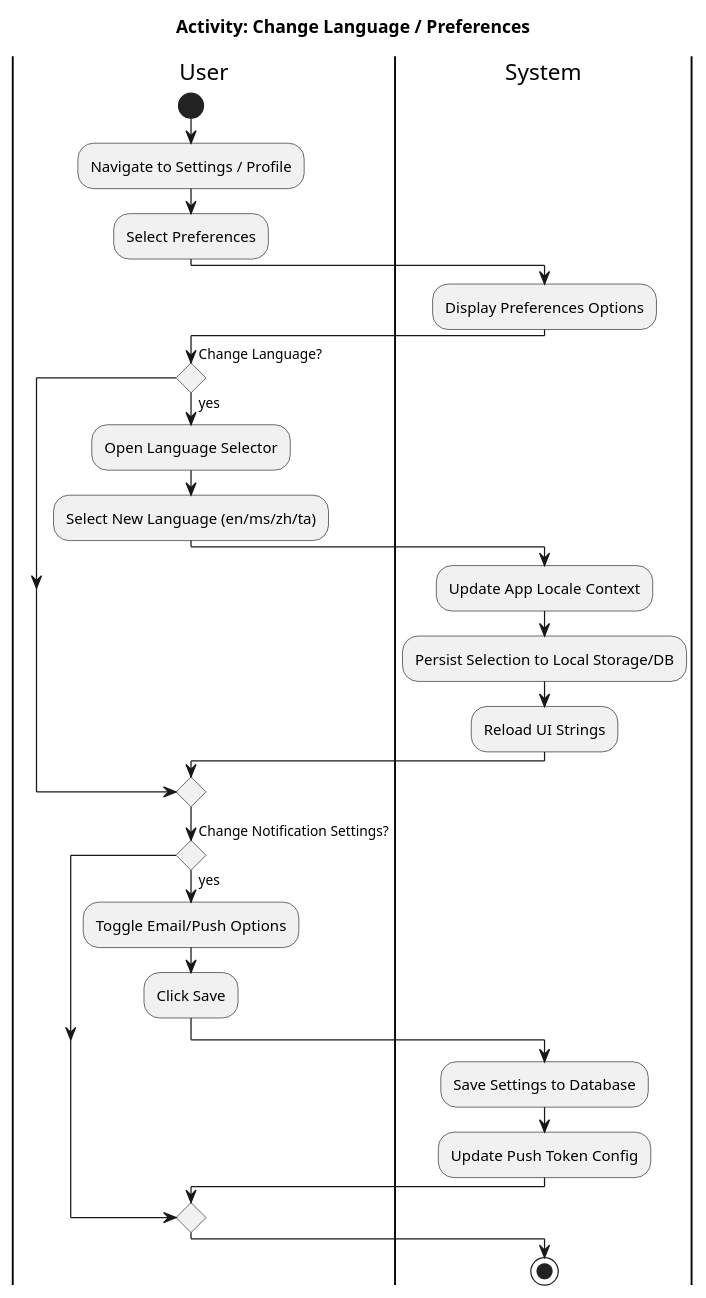
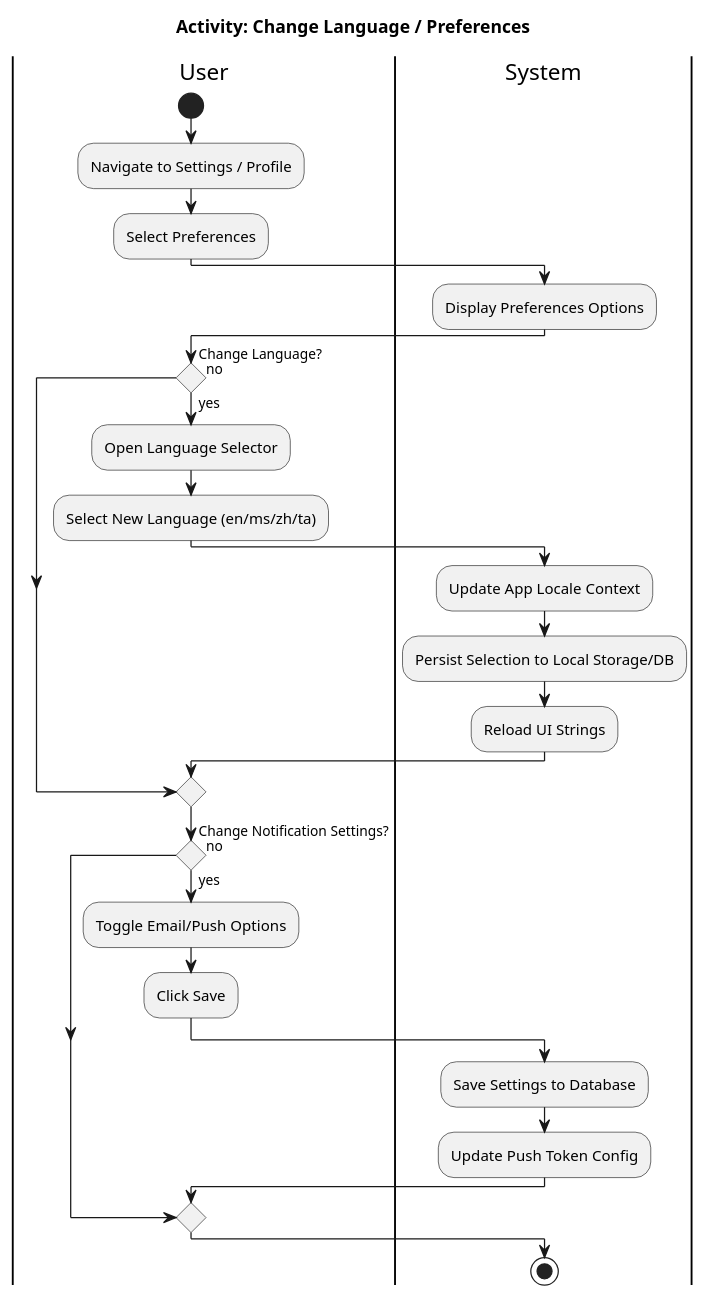
The diagram in docs/activity-prefs.puml (czefenglim/blue-collar-job-portal), drawn with PlantUML before and after one commit. The commit also changed other lines of this file and 91 other files, not shown here.

```diff
--- a/docs/activity-prefs.puml
+++ b/docs/activity-prefs.puml
@@ -1,28 +1,30 @@
 @startuml UC_Prefs
 skinparam conditionStyle diamond
 title Activity: Change Language / Preferences
 |User|
 start
 :Navigate to Settings / Profile;
 :Select Preferences;
 |System|
 :Display Preferences Options;
 |User|
 if (Change Language?) then (yes)
   :Open Language Selector;
   :Select New Language (en/ms/zh/ta);
   |System|
   :Update App Locale Context;
   :Persist Selection to Local Storage/DB;
   :Reload UI Strings;
+else (no)
 endif
 |User|
 if (Change Notification Settings?) then (yes)
   :Toggle Email/Push Options;
   :Click Save;
   |System|
   :Save Settings to Database;
   :Update Push Token Config;
+else (no)
 endif
 stop
 @enduml
```
